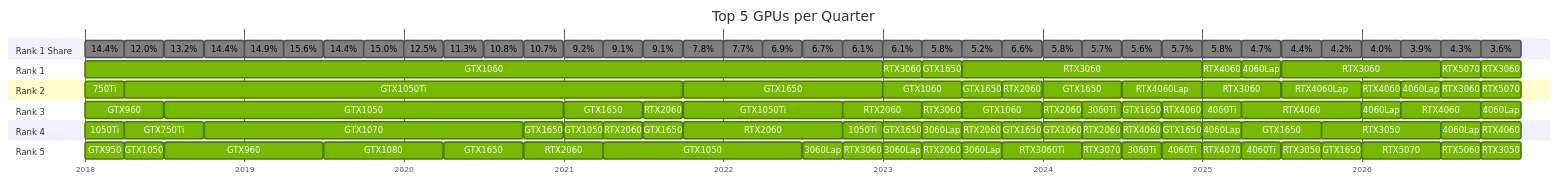
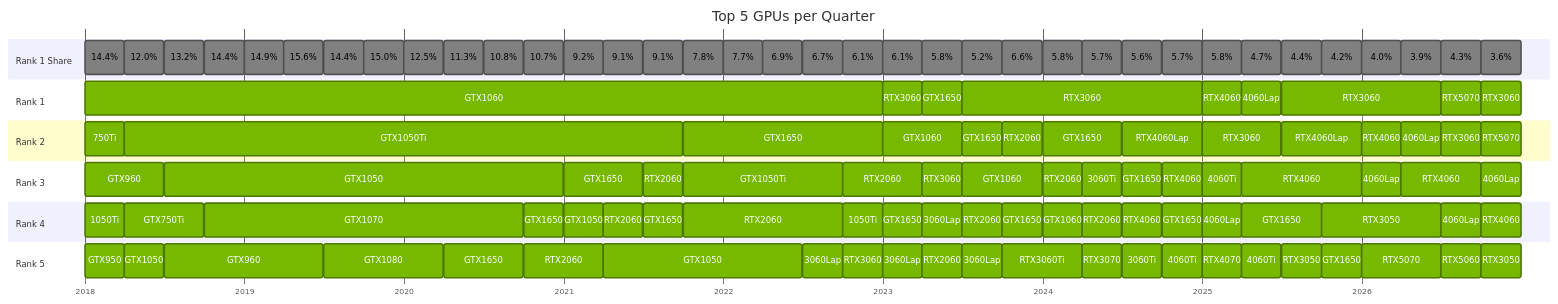
One commit to jdegene/steamHWsurvey changed the second of 32 diagrams in README.md. Above: the diagram before and after it, drawn with Mermaid. The commit also changed other lines of this file and 1 other file, not shown here.

Commit message:
adapted GPU gantt

```diff
--- a/README.md
+++ b/README.md
@@ -120,8 +114,8 @@
     gantt:
         displayMode: compact
         useWidth: 2040
-        barHeight: 22
-        barGap: 4.4
+        barHeight: 44
+        barGap: 8.8
         leftPadding: 100
     themeVariables:
         taskBkgColor: "#76b900"
```
